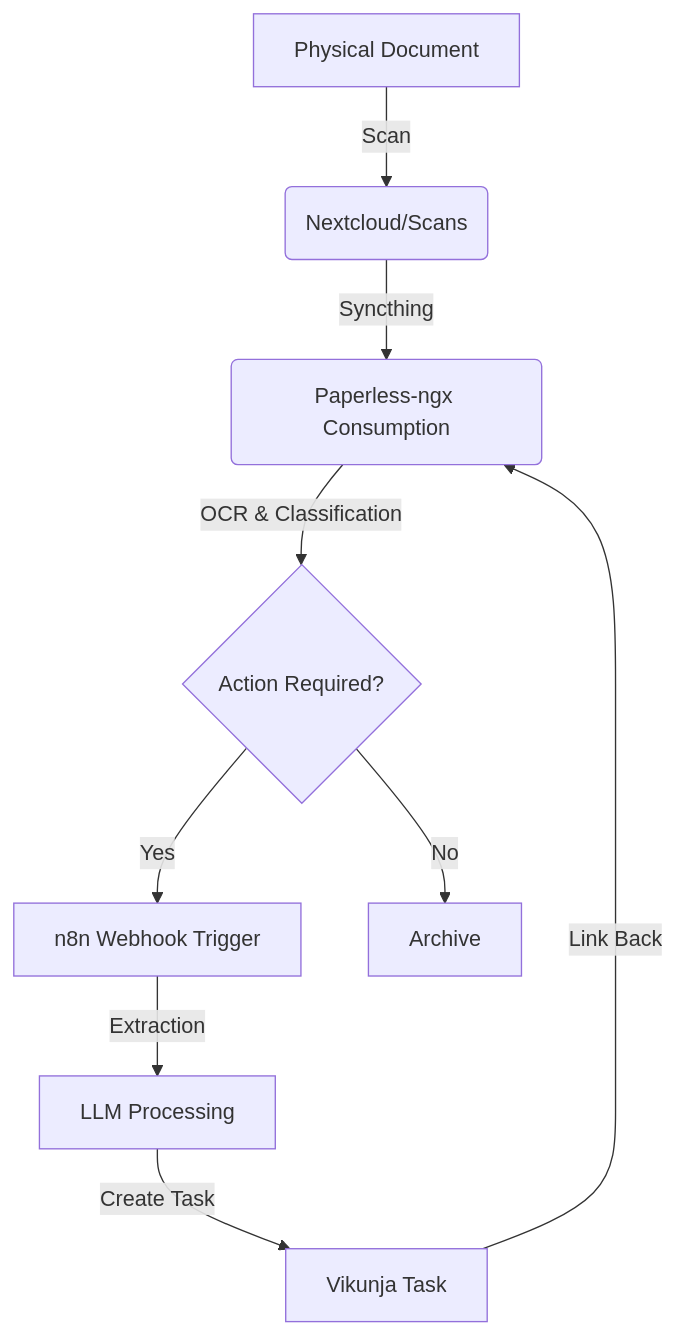
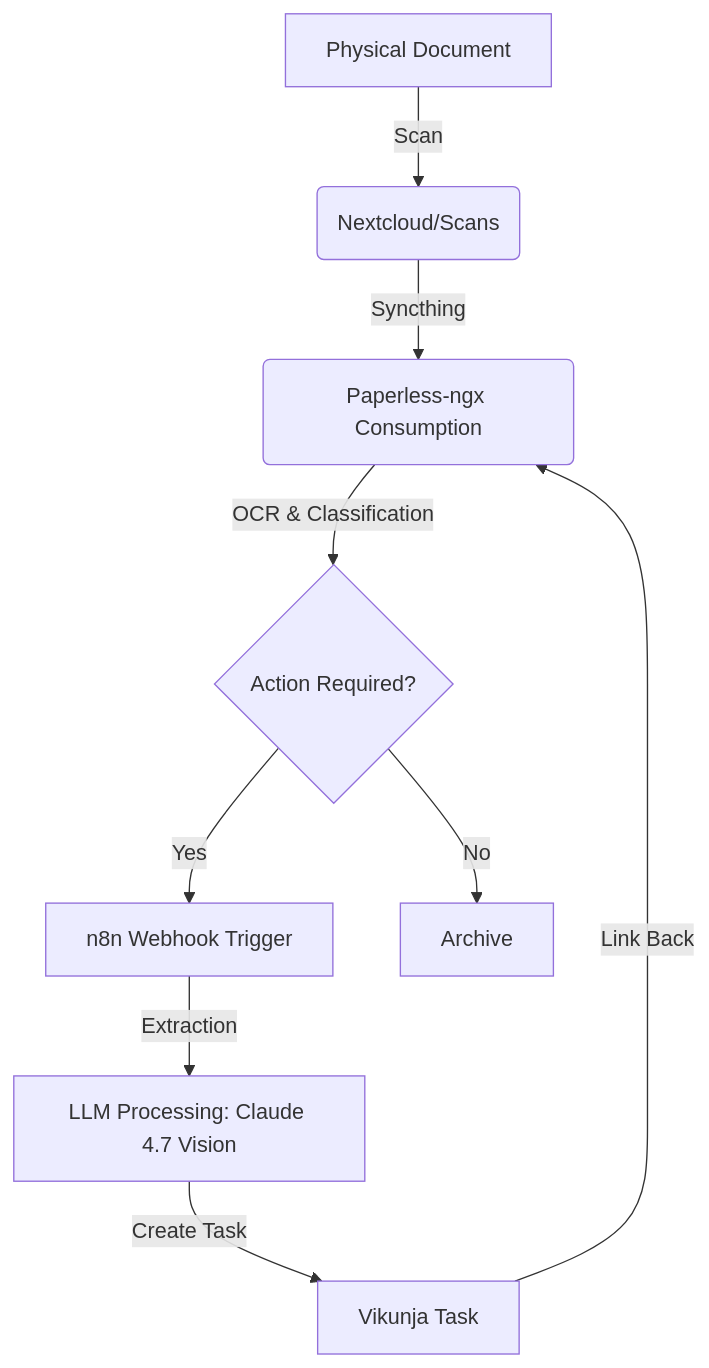
Before and after one commit to joanmarcriera/Home-office-automations: the diagram in docs/playbooks/scan-to-task.md, drawn with Mermaid. The commit also changed other lines of this file and 4 other files, not shown here.

````diff
--- a/docs/playbooks/scan-to-task.md
+++ b/docs/playbooks/scan-to-task.md
@@ -47,11 +48,11 @@
 ```mermaid
 flowchart TD
     A[Physical Document] -->|Scan| B(Nextcloud/Scans)
     B -->|Syncthing| C(Paperless-ngx Consumption)
     C -->|OCR & Classification| D{Action Required?}
     D -- Yes --> E[n8n Webhook Trigger]
     D -- No --> F[Archive]
-    E -->|Extraction| G[LLM Processing]
+    E -->|Extraction| G[LLM Processing: Claude 4.7 Vision]
     G -->|Create Task| H[Vikunja Task]
     H -->|Link Back| C
 ```
````
